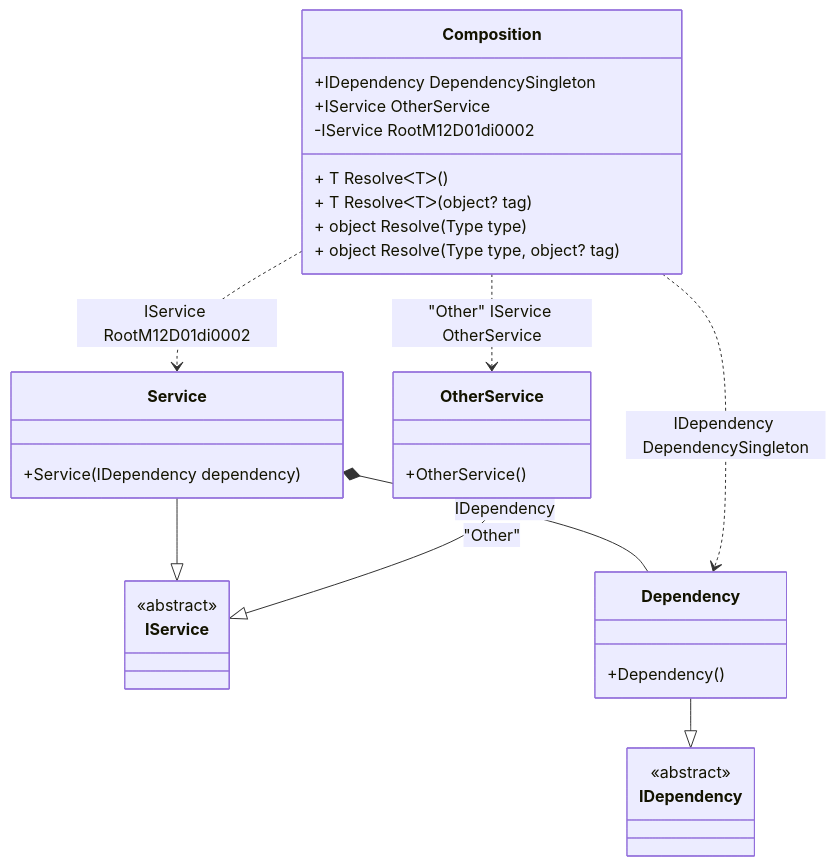
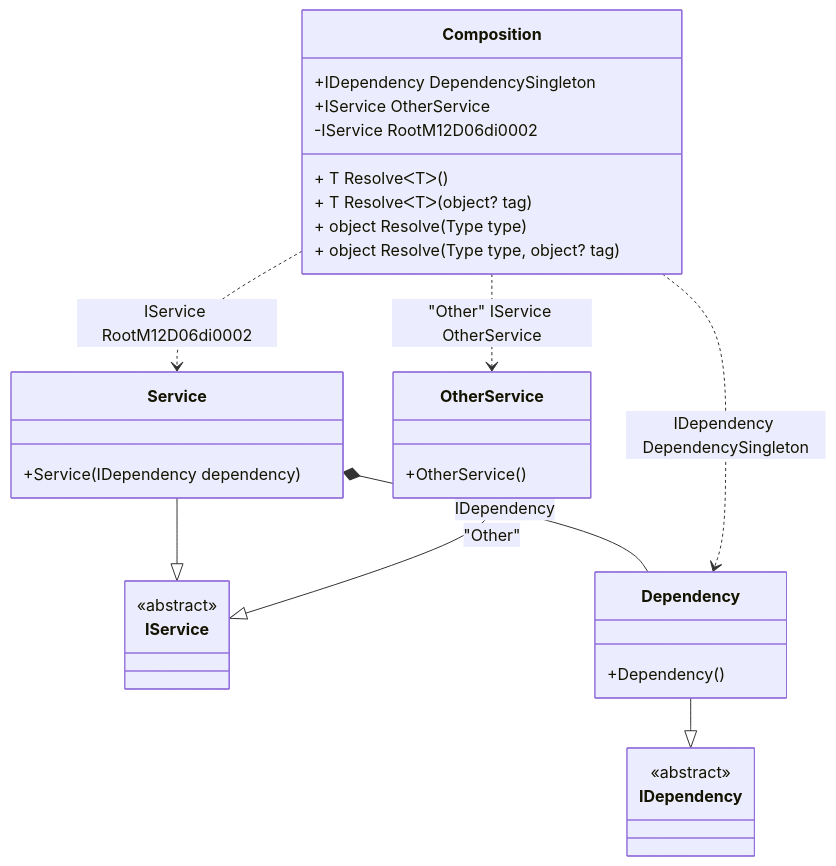
One commit to DevTeam/Pure.DI changed the diagram in readme/resolve-methods.md. Above: the diagram before and after it, drawn with Mermaid. The commit also changed other lines of this file and 76 other files, not shown here.

````diff
--- a/readme/resolve-methods.md
+++ b/readme/resolve-methods.md
@@ -47,34 +47,34 @@
 ```mermaid
 classDiagram
   class Composition {
     +IDependency DependencySingleton
     +IService OtherService
-    -IService RootM12D01di0002
+    -IService RootM12D06di0002
     + T ResolveᐸTᐳ()
     + T ResolveᐸTᐳ(object? tag)
     + object Resolve(Type type)
     + object Resolve(Type type, object? tag)
   }
   Service --|> IService : 
   class Service {
     +Service(IDependency dependency)
   }
   Dependency --|> IDependency : 
   class Dependency {
     +Dependency()
   }
   OtherService --|> IService : "Other" 
   class OtherService {
     +OtherService()
   }
   class IService {
     <<abstract>>
   }
   class IDependency {
     <<abstract>>
   }
   Service *--  Dependency : IDependency
   Composition ..> Dependency : IDependency DependencySingleton
-  Composition ..> Service : IService RootM12D01di0002
+  Composition ..> Service : IService RootM12D06di0002
   Composition ..> OtherService : "Other" IService OtherService
 ```
````
